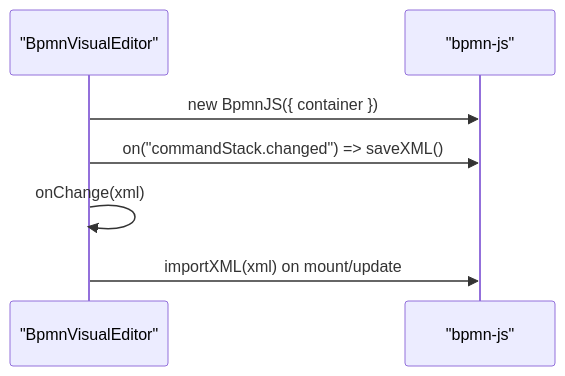
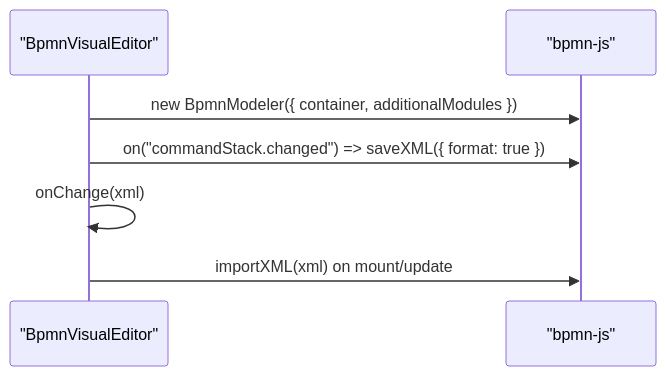
One commit to ongchonghian/universal-diagram-editor changed the sixth of 9 diagrams in .qoder/repowiki/en/content/Editor Architecture/Component Architecture.md. Above: the diagram before and after it, drawn with Mermaid. The commit also changed other lines of this file and 31 other files, not shown here.

````diff
--- a/.qoder/repowiki/en/content/Editor Architecture/Component Architecture.md
+++ b/.qoder/repowiki/en/content/Editor Architecture/Component Architecture.md
@@ -297,9 +266,9 @@
 ```mermaid
 sequenceDiagram
 participant BE as "BpmnVisualEditor"
 participant BJ as "bpmn-js"
-BE->>BJ : new BpmnJS({ container })
-BE->>BJ : on("commandStack.changed") => saveXML()
+BE->>BJ : new BpmnModeler({ container, additionalModules })
+BE->>BJ : on("commandStack.changed") => saveXML({ format: true })
 BE->>BE : onChange(xml)
 BE->>BJ : importXML(xml) on mount/update
 ```
````
